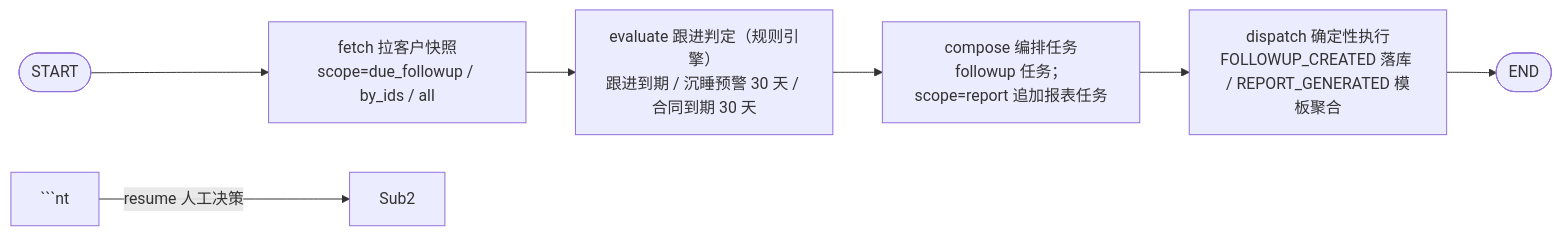
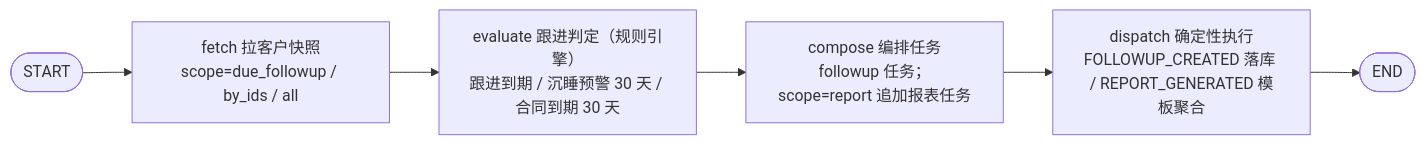
Before and after one commit to chain-engine/x-BeiChen: the fourth of 4 diagrams in server/README.md, drawn with Mermaid. The commit also changed 1 other file, not shown here.

Commit message:
fix: solve some bugs

````diff
--- a/server/README.md
+++ b/server/README.md
@@ -322,9 +322,8 @@
 ```mermaid
 flowchart LR
     START([START]) --> FETCH["fetch 拉客户快照<br/>scope=due_followup / by_ids / all"]
     FETCH --> EVAL["evaluate 跟进判定（规则引擎）<br/>跟进到期 / 沉睡预警 30 天 / 合同到期 30 天"]
     EVAL --> COMPOSE["compose 编排任务<br/>followup 任务；scope=report 追加报表任务"]
     COMPOSE --> DISPATCH["dispatch 确定性执行<br/>FOLLOWUP_CREATED 落库 / REPORT_GENERATED 模板聚合"]
     DISPATCH --> END([END])
-```nt -->|resume 人工决策| Sub2
 ```
````
